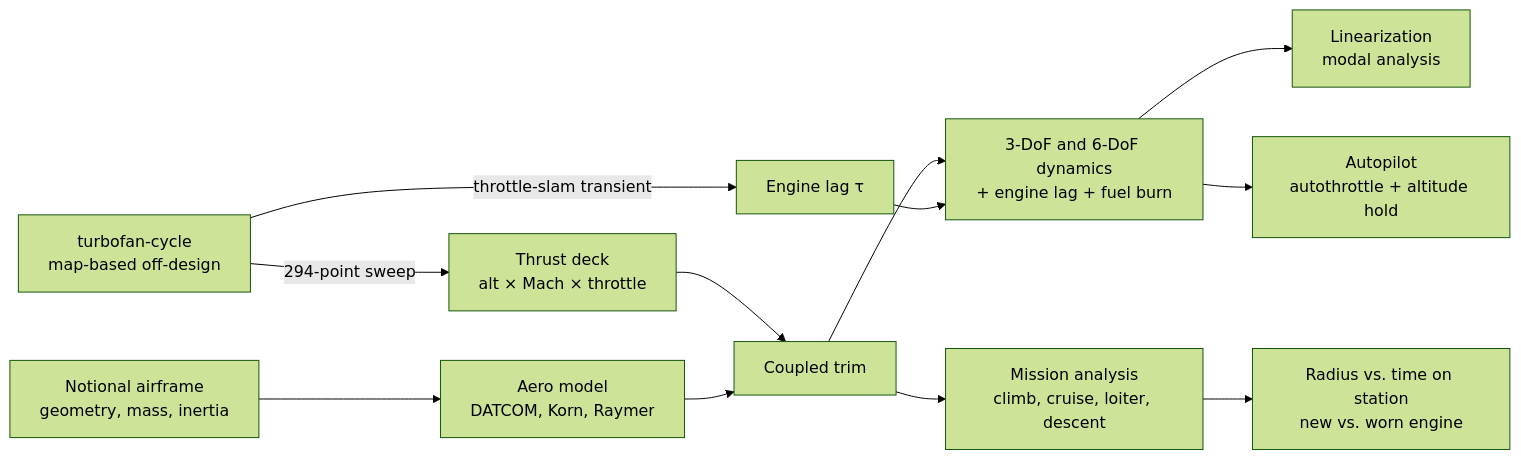
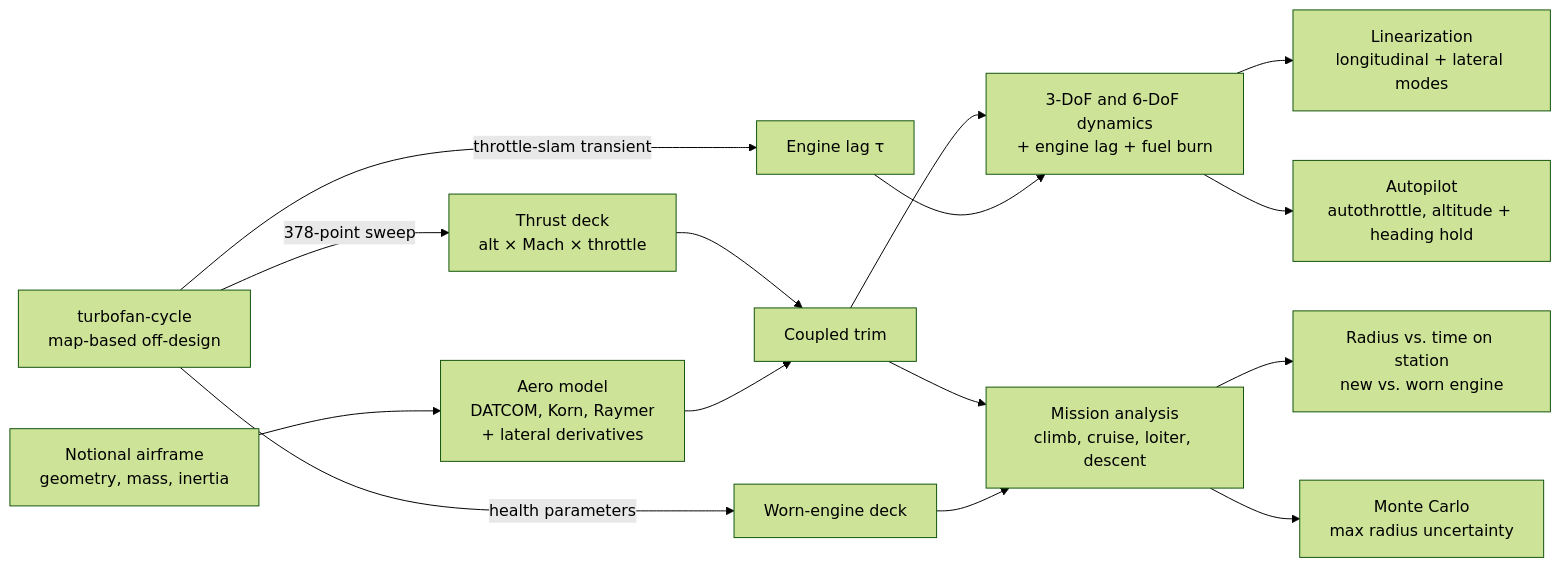
The diagram in README.md (SirPicklee/jet-uav-engine-airframe-integration), drawn with Mermaid (forest theme) before and after one commit. The commit also changed other lines of this file, not shown here.

Commit message:
Update README: ceilings, 6-DoF, heading hold, Monte Carlo, full validation table

````diff
--- a/README.md
+++ b/README.md
@@ -15,14 +18,17 @@
 ```mermaid
 flowchart LR
-    A[turbofan-cycle<br/>map-based off-design] -->|294-point sweep| B[Thrust deck<br/>alt × Mach × throttle]
+    A[turbofan-cycle<br/>map-based off-design] -->|378-point sweep| B[Thrust deck<br/>alt × Mach × throttle]
     A -->|throttle-slam transient| C[Engine lag τ]
-    D[Notional airframe<br/>geometry, mass, inertia] --> E[Aero model<br/>DATCOM, Korn, Raymer]
+    A -->|health parameters| B2[Worn-engine deck]
+    D[Notional airframe<br/>geometry, mass, inertia] --> E[Aero model<br/>DATCOM, Korn, Raymer<br/>+ lateral derivatives]
     B --> F[Coupled trim]
     E --> F
     F --> G[3-DoF and 6-DoF dynamics<br/>+ engine lag + fuel burn]
     C --> G
-    G --> H[Linearization<br/>modal analysis]
-    G --> I[Autopilot<br/>autothrottle + altitude hold]
+    G --> H[Linearization<br/>longitudinal + lateral modes]
+    G --> I[Autopilot<br/>autothrottle, altitude + heading hold]
     F --> J[Mission analysis<br/>climb, cruise, loiter, descent]
+    B2 --> J
     J --> K[Radius vs. time on station<br/>new vs. worn engine]
+    J --> M[Monte Carlo<br/>max radius uncertainty]
 ```
````
